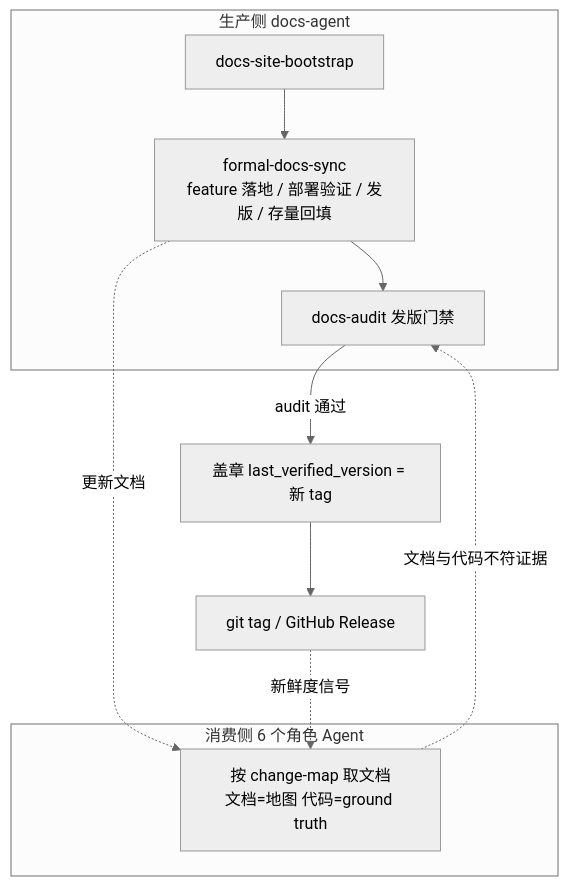
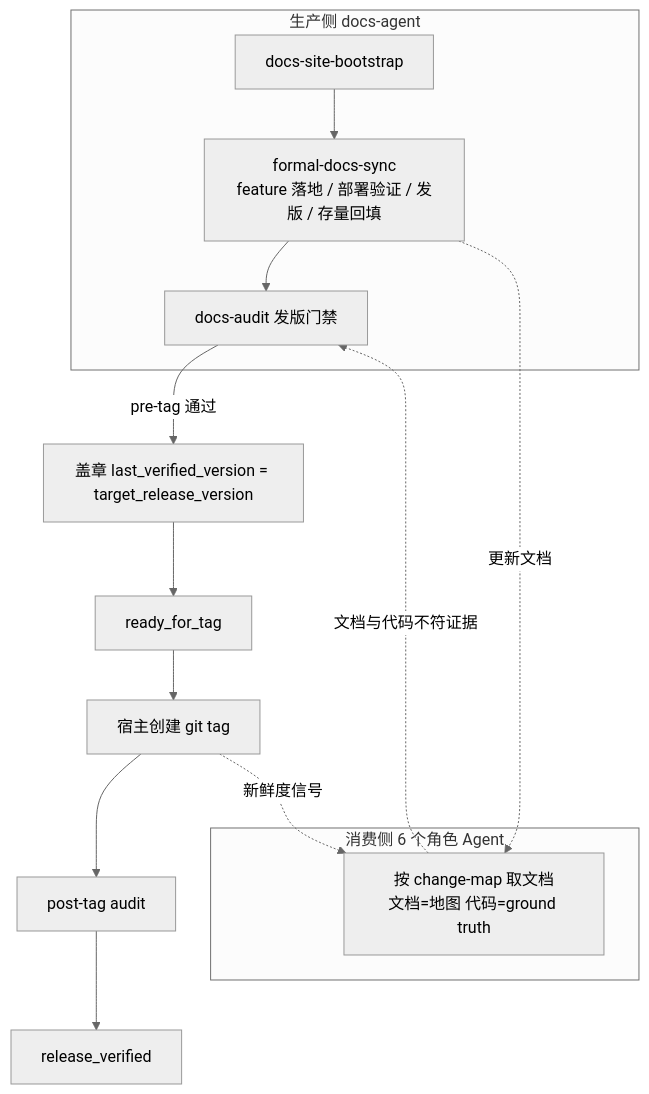
Before and after one commit to Neplich/dev-agent-skills: the first of 2 diagrams in docs/pm/agents/docs-agent/PRD.md, drawn with Mermaid (neutral theme). The commit also changed other lines of this file and 108 other files, not shown here.

````diff
--- a/docs/pm/agents/docs-agent/PRD.md
+++ b/docs/pm/agents/docs-agent/PRD.md
@@ -169,15 +173,18 @@
 ```mermaid
 flowchart TB
     subgraph produce["生产侧 docs-agent"]
         B["docs-site-bootstrap"] --> S["formal-docs-sync<br/>feature 落地 / 部署验证 / 发版 / 存量回填"]
         S --> A["docs-audit 发版门禁"]
     end
     subgraph consume["消费侧 6 个角色 Agent"]
         C["按 change-map 取文档<br/>文档=地图 代码=ground truth"]
     end
-    A -->|audit 通过| STAMP["盖章 last_verified_version = 新 tag"]
-    STAMP --> TAG["git tag / GitHub Release"]
+    A -->|pre-tag 通过| STAMP["盖章 last_verified_version = target_release_version"]
+    STAMP --> READY["ready_for_tag"]
+    READY --> TAG["宿主创建 git tag"]
+    TAG --> POST["post-tag audit"]
+    POST --> VERIFIED["release_verified"]
     S -.更新文档.-> C
     C -.文档与代码不符证据.-> A
     TAG -.新鲜度信号.-> C
 ```
````
